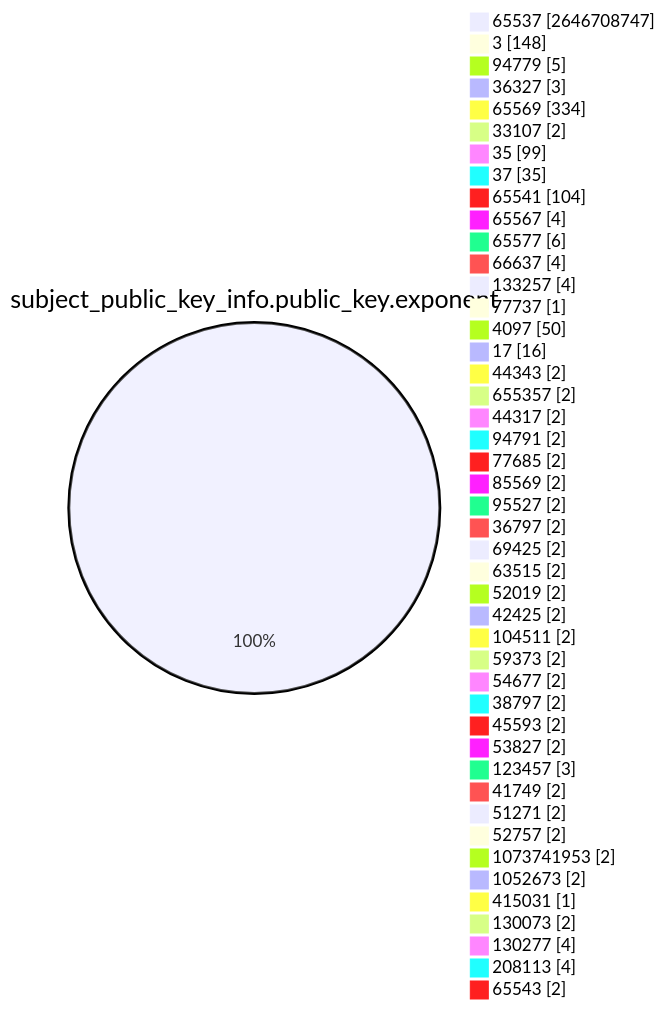
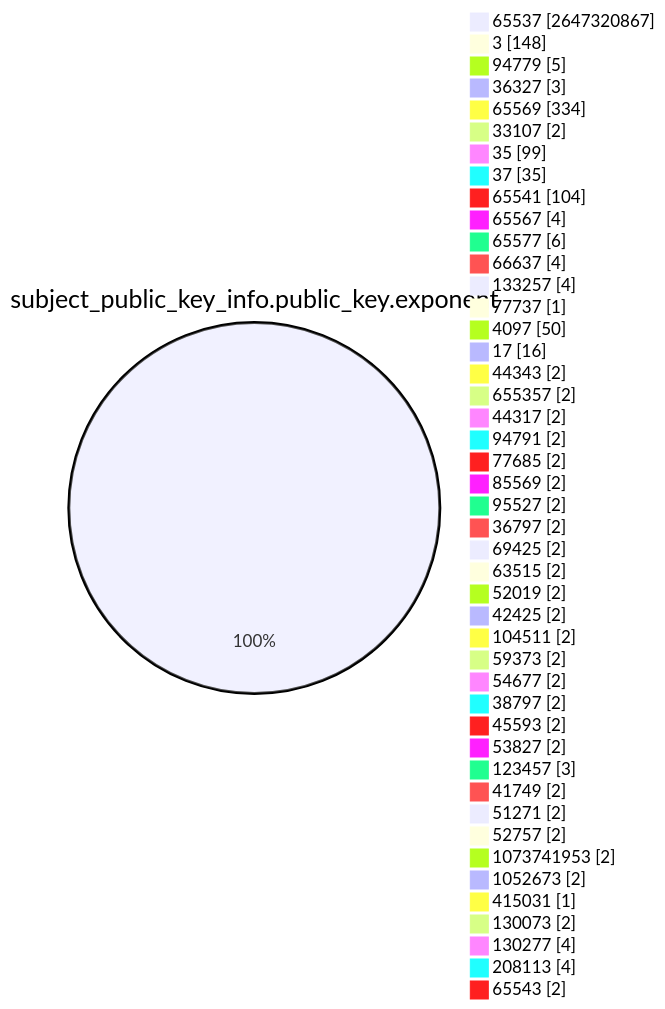
One commit to christiankrug/ctmonitor_visualization changed the fourth of 15 diagrams in TOTAL/README.md. Above: the diagram before and after it, drawn with Mermaid. The commit also changed other lines of this file, not shown here.

````diff
--- a/TOTAL/README.md
+++ b/TOTAL/README.md
@@ -1466,49 +1466,49 @@
 ```mermaid
 pie showData
 title subject_public_key_info.public_key.exponent
-"65537" :2646708747
+"65537" :2647320867
 "3" :148
 "94779" :5
 "36327" :3
 "65569" :334
 "33107" :2
 "35" :99
 "37" :35
 "65541" :104
 "65567" :4
 "65577" :6
 "66637" :4
 "133257" :4
 "77737" :1
 "4097" :50
 "17" :16
 "44343" :2
 "655357" :2
 "44317" :2
 "94791" :2
 "77685" :2
 "85569" :2
 "95527" :2
 "36797" :2
 "69425" :2
 "63515" :2
 "52019" :2
 "42425" :2
 "104511" :2
 "59373" :2
 "54677" :2
 "38797" :2
 "45593" :2
 "53827" :2
 "123457" :3
 "41749" :2
 "51271" :2
 "52757" :2
 "1073741953" :2
 "1052673" :2
 "415031" :1
 "130073" :2
 "130277" :4
 "208113" :4
 "65543" :2
 ```
````
